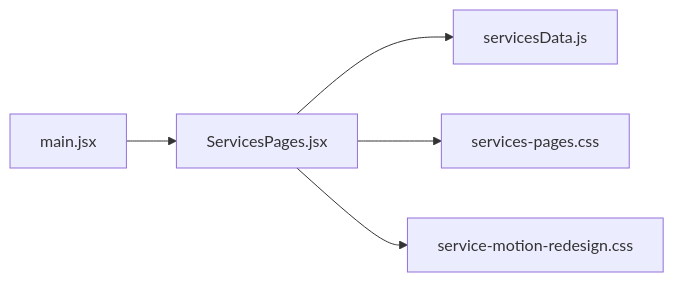
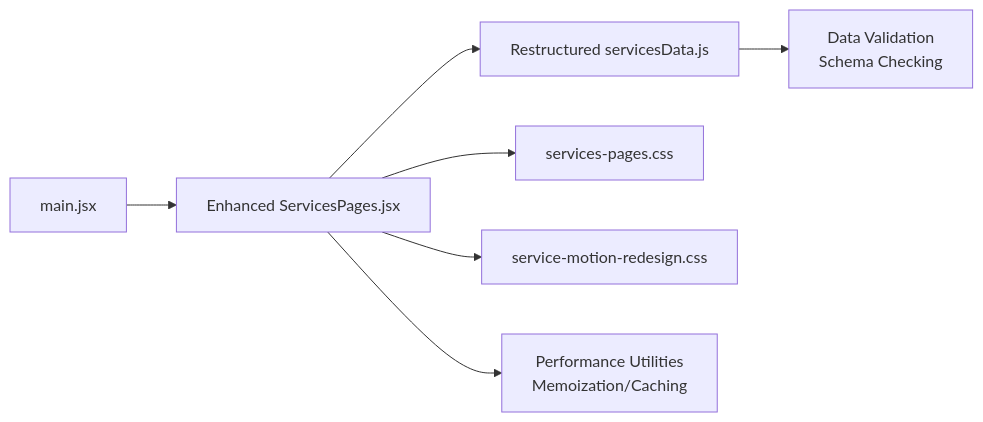
One commit to Theja4/podiummomentum changed the fourth of 4 diagrams in .qoder/repowiki/en/content/Component Architecture/Service Management Components.md. Above: the diagram before and after it, drawn with Mermaid. The commit also changed other lines of this file and 35 other files, not shown here.

````diff
--- a/.qoder/repowiki/en/content/Component Architecture/Service Management Components.md
+++ b/.qoder/repowiki/en/content/Component Architecture/Service Management Components.md
@@ -210,7 +284,9 @@
 ```mermaid
 graph LR
-SP["ServicesPages.jsx"] --> SD["servicesData.js"]
+SP["Enhanced ServicesPages.jsx"] --> SD["Restructured servicesData.js"]
 SP --> CSS1["services-pages.css"]
 SP --> CSS2["service-motion-redesign.css"]
+SP --> Perf["Performance Utilities<br/>Memoization/Caching"]
 Main["main.jsx"] --> SP
+SD --> Valid["Data Validation<br/>Schema Checking"]
 ```
````
